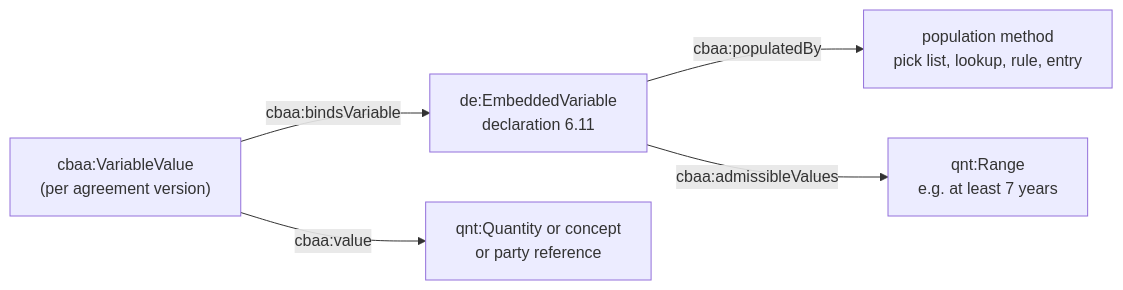
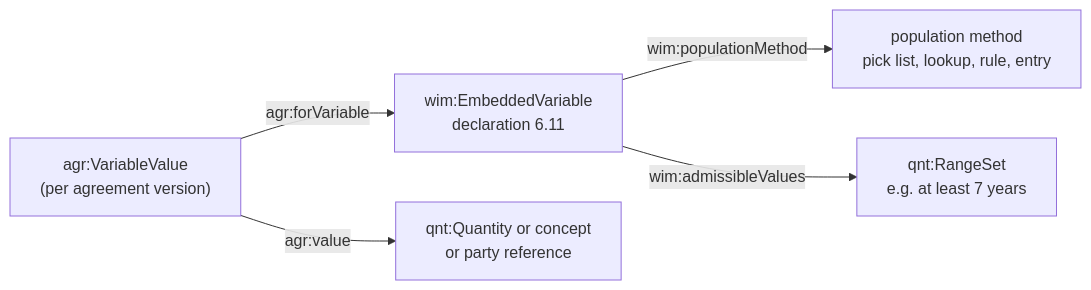
Diagram 17 of 52 in docs/architecture.md (nebularis/open-cbaa), drawn with Mermaid before and after one commit. The commit also changed other lines of this file and 44 other files, not shown here.

````diff
--- a/docs/architecture.md
+++ b/docs/architecture.md
@@ -402,7 +408,7 @@
 ```mermaid
 flowchart LR
-    DECL["de:EmbeddedVariable<br/>declaration 6.11"] -->|"cbaa:populatedBy"| PM["population method<br/>pick list, lookup, rule, entry"]
-    DECL -->|"cbaa:admissibleValues"| RNG["qnt:Range<br/>e.g. at least 7 years"]
-    VAL["cbaa:VariableValue<br/>(per agreement version)"] -->|"cbaa:bindsVariable"| DECL
-    VAL -->|"cbaa:value"| Q["qnt:Quantity or concept<br/>or party reference"]
+    DECL["wim:EmbeddedVariable<br/>declaration 6.11"] -->|"wim:populationMethod"| PM["population method<br/>pick list, lookup, rule, entry"]
+    DECL -->|"wim:admissibleValues"| RNG["qnt:RangeSet<br/>e.g. at least 7 years"]
+    VAL["agr:VariableValue<br/>(per agreement version)"] -->|"agr:forVariable"| DECL
+    VAL -->|"agr:value"| Q["qnt:Quantity or concept<br/>or party reference"]
 ```
````
